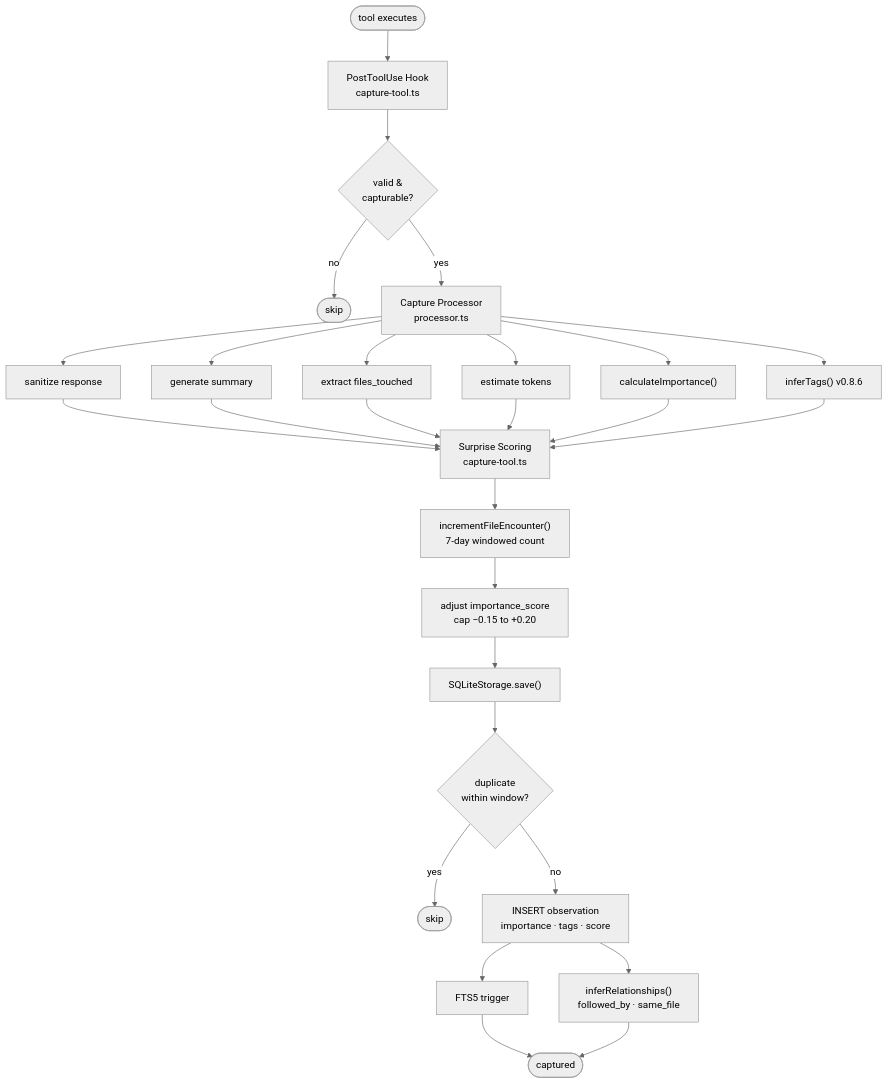
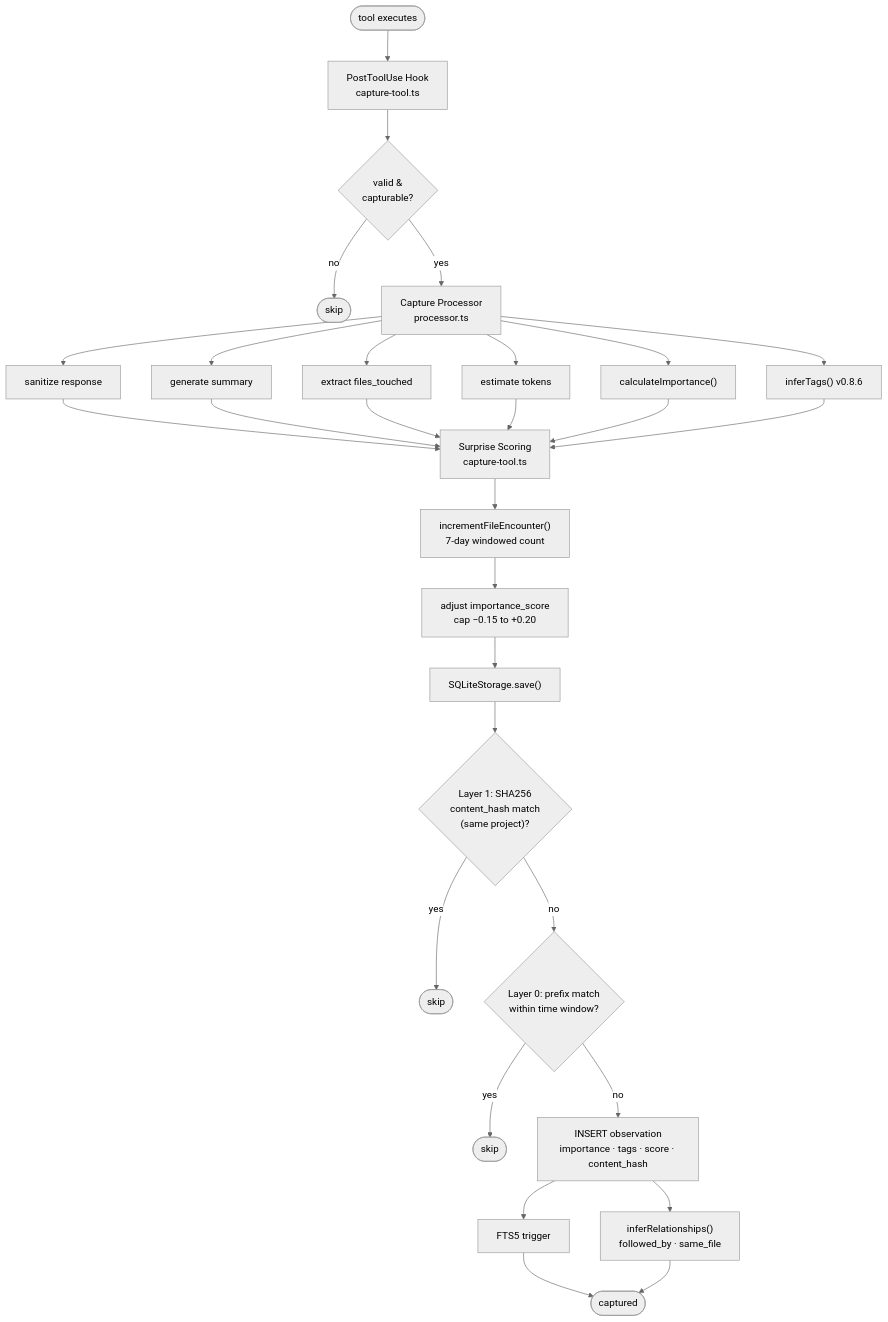
One commit to mrlesmithjr/claude-context-manager changed the third of 7 diagrams in docs/ARCHITECTURE.md. Above: the diagram before and after it, drawn with Mermaid (neutral theme). The commit also changed other lines of this file and 16 other files, not shown here.

````diff
--- a/docs/ARCHITECTURE.md
+++ b/docs/ARCHITECTURE.md
@@ -424,26 +430,28 @@
 ```mermaid
 flowchart TD
     T([tool executes]) --> H["PostToolUse Hook\ncapture-tool.ts"]
     H --> V{valid &\ncapturable?}
     V -->|no| SK([skip])
     V -->|yes| P["Capture Processor\nprocessor.ts"]
 
     P --> P1[sanitize response]
     P --> P2[generate summary]
     P --> P3[extract files_touched]
     P --> P4[estimate tokens]
     P --> P5["calculateImportance()"]
     P --> P6["inferTags()  v0.8.6"]
 
     P1 & P2 & P3 & P4 & P5 & P6 --> SUR["Surprise Scoring\ncapture-tool.ts"]
     SUR --> FE["incrementFileEncounter()\n7-day windowed count"]
     FE --> ADJ["adjust importance_score\ncap −0.15 to +0.20"]
 
     ADJ --> DB["SQLiteStorage.save()"]
-    DB --> DED{duplicate\nwithin window?}
-    DED -->|yes| SK2([skip])
-    DED -->|no| INS["INSERT observation\nimportance · tags · score"]
+    DB --> L1{"Layer 1: SHA256\ncontent_hash match\n(same project)?"}
+    L1 -->|yes| SK2([skip])
+    L1 -->|no| L0{"Layer 0: prefix match\nwithin time window?"}
+    L0 -->|yes| SK3([skip])
+    L0 -->|no| INS["INSERT observation\nimportance · tags · score · content_hash"]
     INS --> FTS[FTS5 trigger]
     INS --> REL["inferRelationships()\nfollowed_by · same_file"]
     FTS & REL --> DONE([captured])
 ```
````
